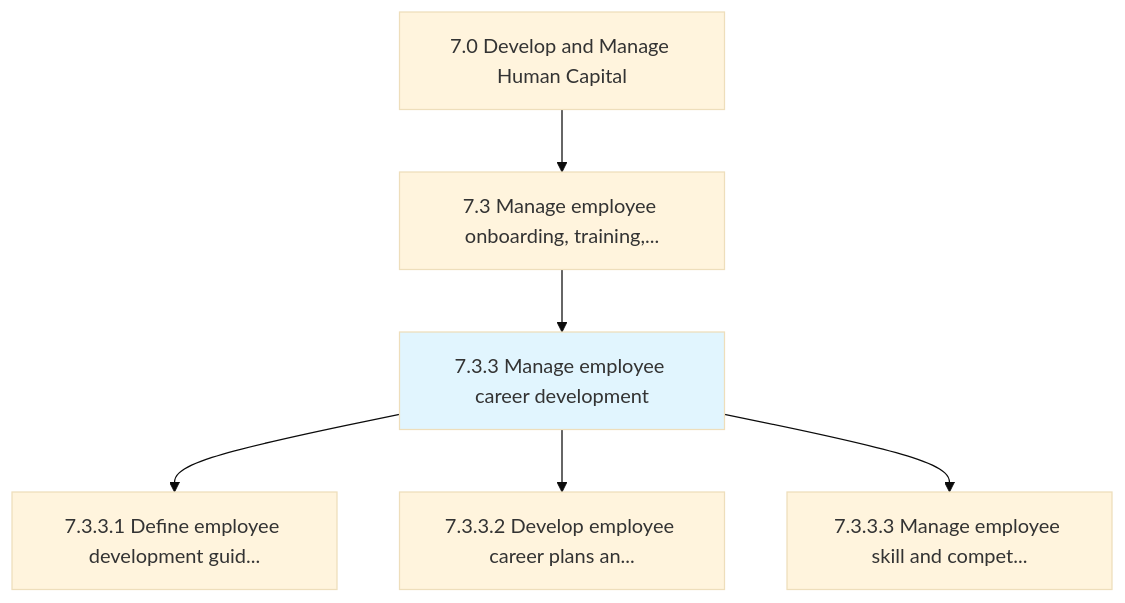
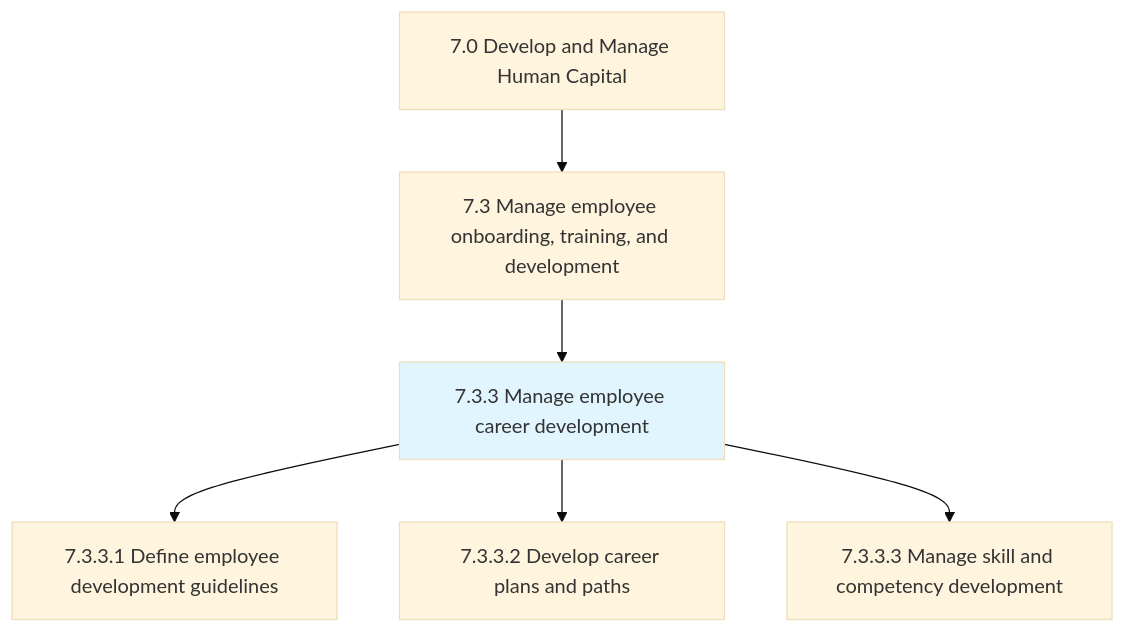
The first of 2 diagrams in processes/07-HR/7.3-ManageEmployeeOnboardingTraining/7.3.3-ManageEmployeeCareerDevelopment/index.mdx (kziemski/business.org.ai), drawn with Mermaid (base theme) before and after one commit. The commit also changed other lines of this file and 885 other files, not shown here.

````diff
--- a/processes/07-HR/7.3-ManageEmployeeOnboardingTraining/7.3.3-ManageEmployeeCareerDevelopment/index.mdx
+++ b/processes/07-HR/7.3-ManageEmployeeOnboardingTraining/7.3.3-ManageEmployeeCareerDevelopment/index.mdx
@@ -25,10 +25,10 @@
 ```mermaid
 graph TD
     C7["7.0 Develop and Manage Human Capital"]
-    C7 --> N7_3["7.3 Manage employee onboarding, training,..."]
+    C7 --> N7_3["7.3 Manage employee onboarding, training, and development"]
     N7_3 --> N7_3_3["7.3.3 Manage employee career development"]
     style N7_3_3 fill:#e1f5fe
-    N7_3_3 --> N7_3_3_1["7.3.3.1 Define employee development guid..."]
-    N7_3_3 --> N7_3_3_2["7.3.3.2 Develop employee career plans an..."]
-    N7_3_3 --> N7_3_3_3["7.3.3.3 Manage employee skill and compet..."]
+    N7_3_3 --> N7_3_3_1["7.3.3.1 Define employee development guidelines"]
+    N7_3_3 --> N7_3_3_2["7.3.3.2 Develop career plans and paths"]
+    N7_3_3 --> N7_3_3_3["7.3.3.3 Manage skill and competency development"]
 ```
````
